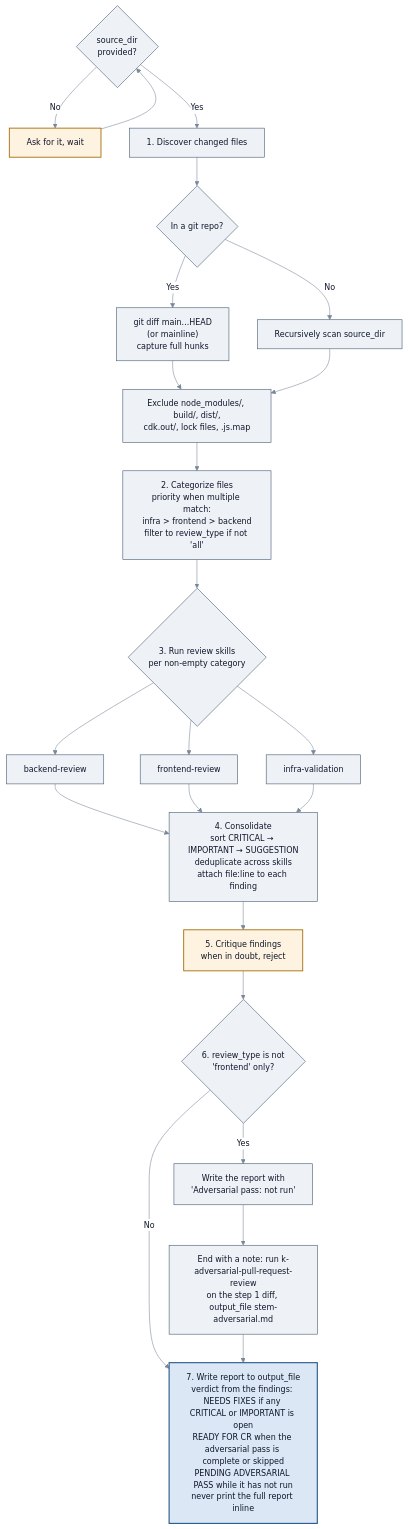
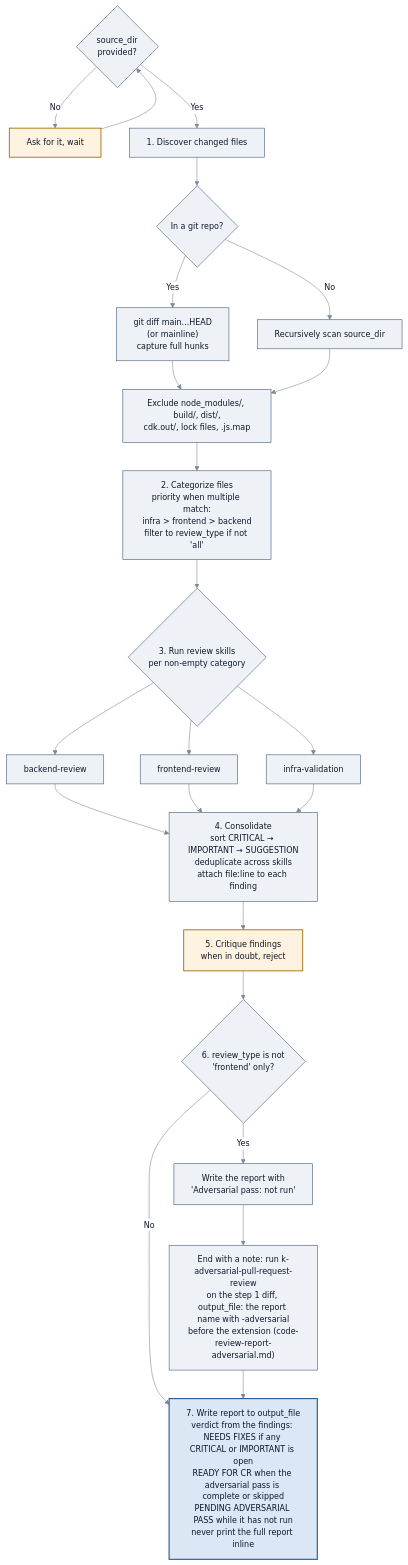
The first of 4 diagrams in docs/user-guide/sop-workflows/code-review.md (aws-solutions/konductor), drawn with Mermaid before and after one commit. The commit also changed 6 other files, not shown here.

````diff
--- a/docs/user-guide/sop-workflows/code-review.md
+++ b/docs/user-guide/sop-workflows/code-review.md
@@ -55,42 +55,42 @@
 ```mermaid
 %%{init:{'theme':'base','themeVariables':{'fontSize':'14px','primaryColor':'#eef2f7','primaryTextColor':'#0f172a','primaryBorderColor':'#40556e','lineColor':'#7a8899','textColor':'#0f172a','edgeLabelBackground':'#ffffff','clusterBkg':'#fafbfc','clusterBorder':'#c9d2dc'}}}%%
 flowchart TD
     P{"source_dir<br/>provided?"} -->|No| Ask["Ask for it, wait"]
     Ask --> P
     P -->|Yes| S1
 
     S1["1. Discover changed files"]
     S1 --> Git{"In a git repo?"}
     Git -->|Yes| GD["git diff main...HEAD<br/>(or mainline)<br/>capture full hunks"]
     Git -->|No| Scan["Recursively scan source_dir"]
     GD --> Ex
     Scan --> Ex["Exclude node_modules/, build/, dist/,<br/>cdk.out/, lock files, .js.map"]
 
     Ex --> S2["2. Categorize files<br/>priority when multiple match:<br/>infra > frontend > backend<br/>filter to review_type if not 'all'"]
 
     S2 --> S3{"3. Run review skills<br/>per non-empty category"}
     S3 --> RB["backend-review"]
     S3 --> RF["frontend-review"]
     S3 --> RI["infra-validation"]
 
     RB --> S4
     RF --> S4
     RI --> S4
 
     S4["4. Consolidate<br/>sort CRITICAL → IMPORTANT → SUGGESTION<br/>deduplicate across skills<br/>attach file:line to each finding"]
     S4 --> S5["5. Critique findings<br/>when in doubt, reject"]
 
     S5 --> S6{"6. review_type is not<br/>'frontend' only?"}
     S6 -->|No| S7
     S6 -->|Yes| Report["Write the report with<br/>'Adversarial pass: not run'"]
-    Report --> Note["End with a note: run k-adversarial-pull-request-review<br/>on the step 1 diff, output_file stem-adversarial.md"]
+    Report --> Note["End with a note: run k-adversarial-pull-request-review<br/>on the step 1 diff, output_file: the report name with -adversarial<br/>before the extension (code-review-report-adversarial.md)"]
     Note --> S7
 
     S7["7. Write report to output_file<br/>verdict from the findings: NEEDS FIXES if any CRITICAL or IMPORTANT is open<br/>READY FOR CR when the adversarial pass is complete or skipped<br/>PENDING ADVERSARIAL PASS while it has not run<br/>never print the full report inline"]
 
     class Ask,S5 gate
     class S7 focus
 
     classDef gate fill:#fdf3e0,stroke:#a06800,stroke-width:1.5px,color:#0f172a;
     classDef focus fill:#dbe7f5,stroke:#2a5d8f,stroke-width:2px,color:#0f172a;
 ```
````
